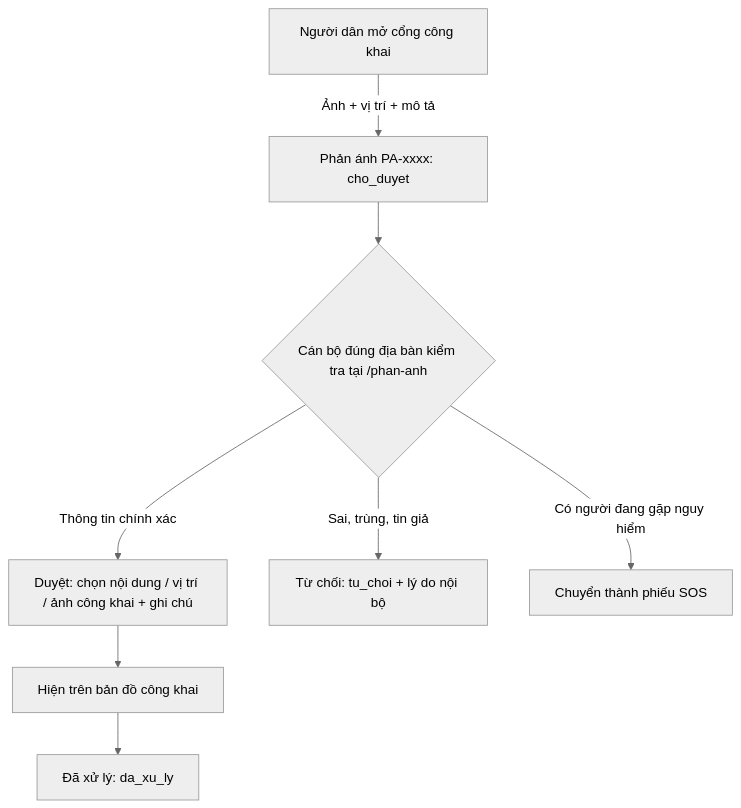
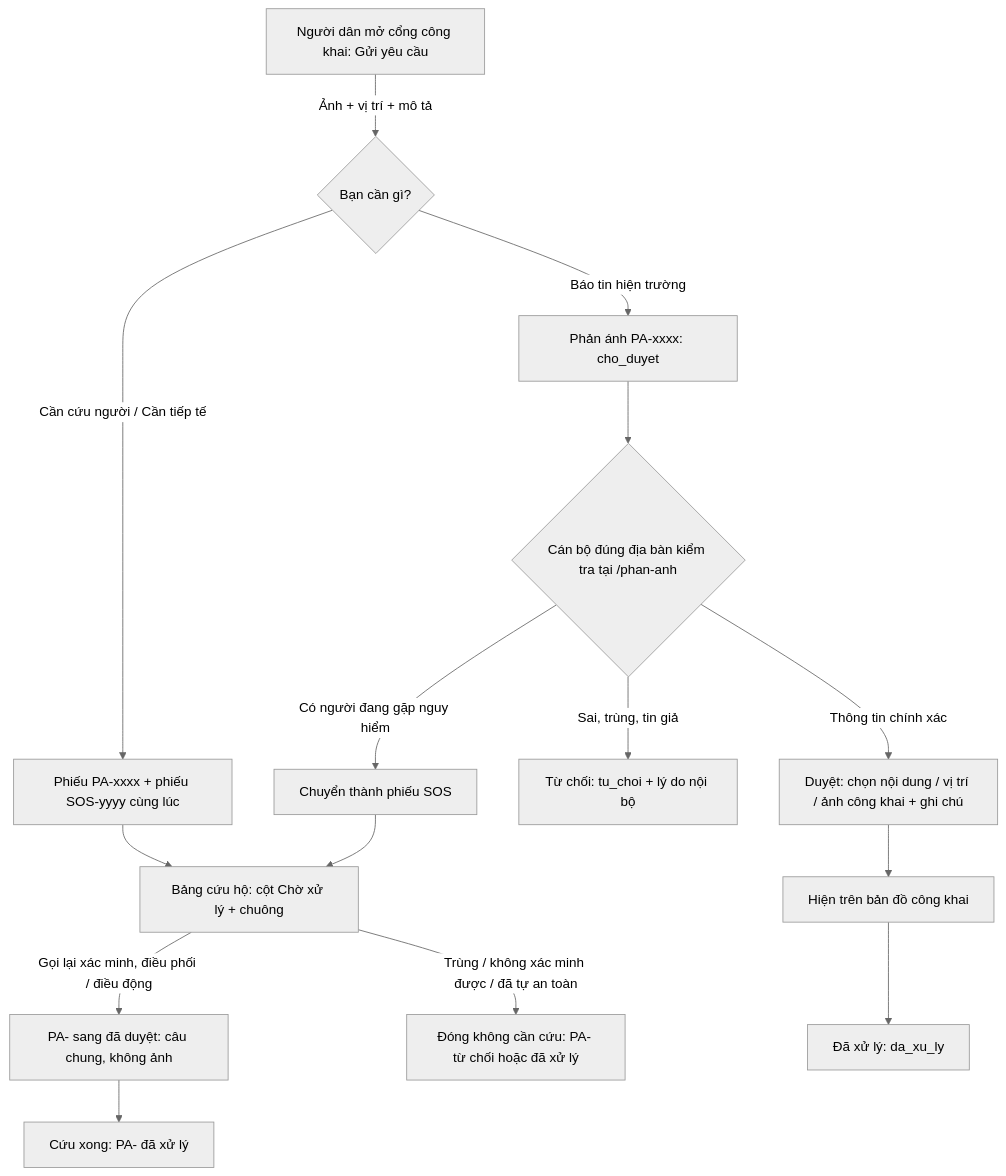
Before and after one commit to hoang-hg/caobang-pctt: the third of 6 diagrams in README.md, drawn with Mermaid (neutral theme). The commit also changed other lines of this file and 15 other files, not shown here.

````diff
--- a/README.md
+++ b/README.md
@@ -824,9 +834,14 @@
 ```mermaid
 graph TD
-    A[Người dân mở cổng công khai] -->|Ảnh + vị trí + mô tả| B[Phản ánh PA-xxxx: cho_duyet]
+    A[Người dân mở cổng công khai: Gửi yêu cầu] -->|Ảnh + vị trí + mô tả| K{Bạn cần gì?}
+    K -->|Cần cứu người / Cần tiếp tế| S[Phiếu PA-xxxx + phiếu SOS-yyyy cùng lúc]
+    S --> R[Bảng cứu hộ: cột Chờ xử lý + chuông]
+    R -->|Gọi lại xác minh, điều phối / điều động| V[PA- sang đã duyệt: câu chung, không ảnh] --> X[Cứu xong: PA- đã xử lý]
+    R -->|Trùng / không xác minh được / đã tự an toàn| C[Đóng không cần cứu: PA- từ chối hoặc đã xử lý]
+    K -->|Báo tin hiện trường| B[Phản ánh PA-xxxx: cho_duyet]
     B --> D{Cán bộ đúng địa bàn kiểm tra tại /phan-anh}
     D -->|Thông tin chính xác| E[Duyệt: chọn nội dung / vị trí / ảnh công khai + ghi chú]
     D -->|Sai, trùng, tin giả| F[Từ chối: tu_choi + lý do nội bộ]
-    D -->|Có người đang gặp nguy hiểm| G[Chuyển thành phiếu SOS]
+    D -->|Có người đang gặp nguy hiểm| G[Chuyển thành phiếu SOS] --> R
     E --> H[Hiện trên bản đồ công khai] --> I[Đã xử lý: da_xu_ly]
 ```
````
